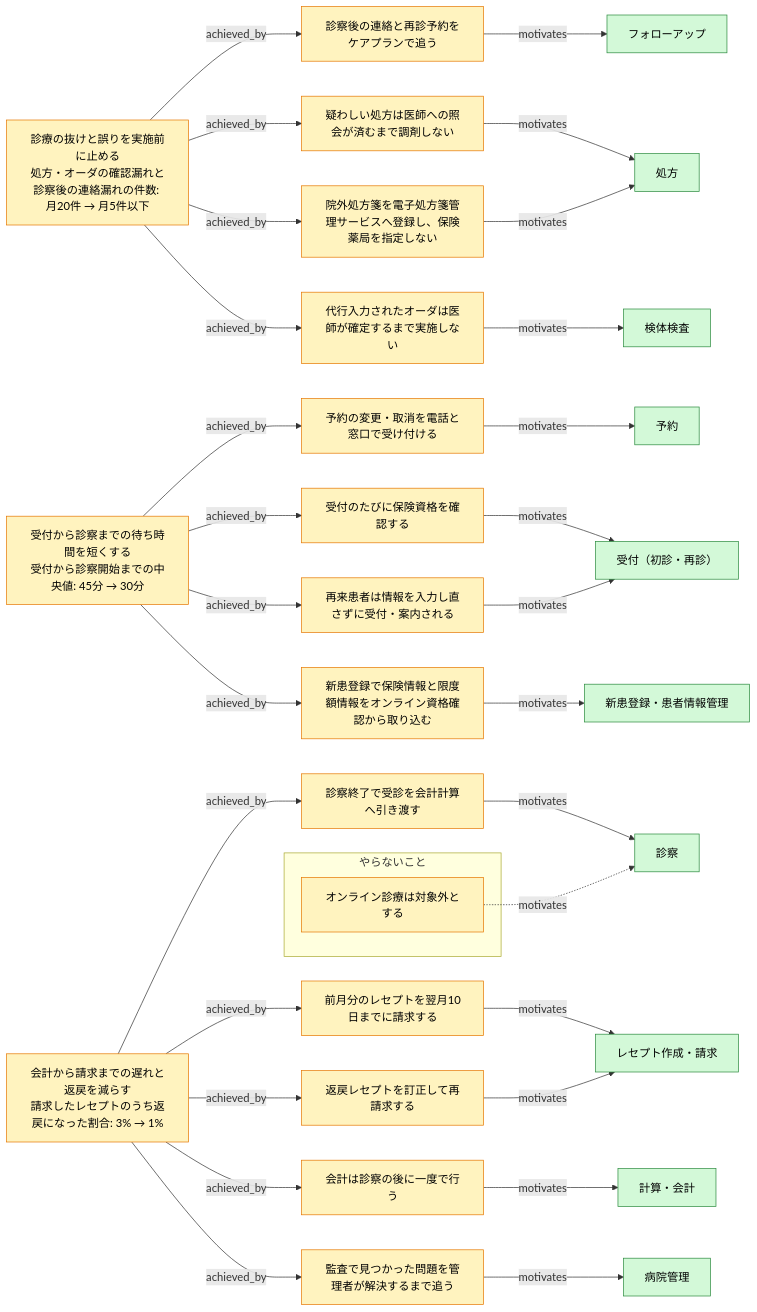
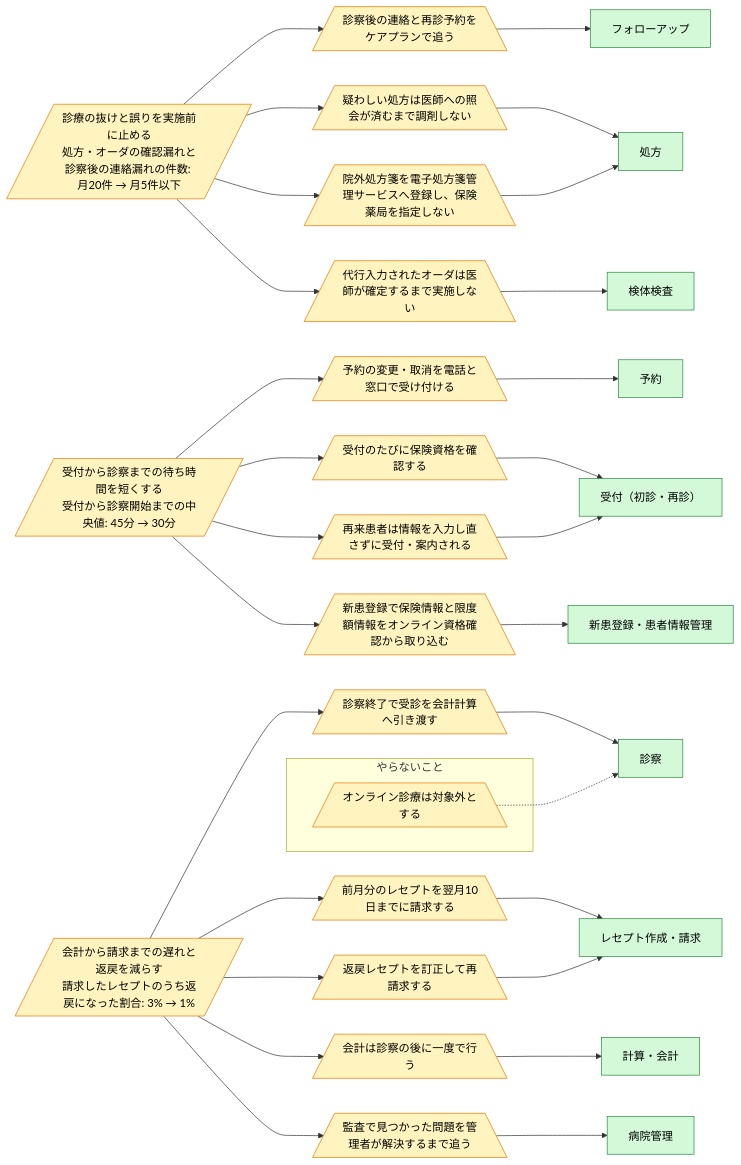
One commit to manji-0/rdra-ish-dsl changed the second of 11 diagrams in docs/diagram-sample-review.md. Above: the diagram before and after it, drawn with Mermaid. The commit also changed other lines of this file and 95 other files, not shown here.

```diff
--- a/docs/diagram-sample-review.md
+++ b/docs/diagram-sample-review.md
@@ -109,24 +111,24 @@
 %% kinds: requirement goal buc
 %% omitted: actor nfr quality constraint business flow usecase event system entity
 flowchart LR
-  requirement__ReqChangeAppointmentAtDesk["予約の変更・取消を電話と窓口で受け付ける"]:::requirement
-  requirement__ReqEligibilityEveryVisit["受付のたびに保険資格を確認する"]:::requirement
-  requirement__ReqFollowUpAfterVisit["診察後の連絡と再診予約をケアプランで追う"]:::requirement
-  requirement__ReqHandOffAfterConsultation["診察終了で受診を会計計算へ引き渡す"]:::requirement
-  requirement__ReqInquiryBeforeDispense["疑わしい処方は医師への照会が済むまで調剤しない"]:::requirement
-  requirement__ReqMonthlyClaimByTenth["前月分のレセプトを翌月10日までに請求する"]:::requirement
-  requirement__ReqPayAfterConsultation["会計は診察の後に一度で行う"]:::requirement
-  requirement__ReqProxyOrderNeedsPhysician["代行入力されたオーダは医師が確定するまで実施しない"]:::requirement
-  requirement__ReqRegisterEPrescription["院外処方箋を電子処方箋管理サービスへ登録し、保険薬局を指定しない"]:::requirement
-  requirement__ReqRegisterWithEligibility["新患登録で保険情報と限度額情報をオンライン資格確認から取り込む"]:::requirement
-  requirement__ReqResolveAuditFindings["監査で見つかった問題を管理者が解決するまで追う"]:::requirement
-  requirement__ReqResubmitReturned["返戻レセプトを訂正して再請求する"]:::requirement
-  requirement__ReqSwiftCheckIn["再来患者は情報を入力し直さずに受付・案内される"]:::requirement
-  goal__SafeCare["診療の抜けと誤りを実施前に止める<br/>処方・オーダの確認漏れと診察後の連絡漏れの件数: 月20件 → 月5件以下"]:::goal
+  requirement__ReqChangeAppointmentAtDesk[/"予約の変更・取消を電話と窓口で受け付ける"\]:::requirement
+  requirement__ReqEligibilityEveryVisit[/"受付のたびに保険資格を確認する"\]:::requirement
+  requirement__ReqFollowUpAfterVisit[/"診察後の連絡と再診予約をケアプランで追う"\]:::requirement
+  requirement__ReqHandOffAfterConsultation[/"診察終了で受診を会計計算へ引き渡す"\]:::requirement
+  requirement__ReqInquiryBeforeDispense[/"疑わしい処方は医師への照会が済むまで調剤しない"\]:::requirement
+  requirement__ReqMonthlyClaimByTenth[/"前月分のレセプトを翌月10日までに請求する"\]:::requirement
+  requirement__ReqPayAfterConsultation[/"会計は診察の後に一度で行う"\]:::requirement
+  requirement__ReqProxyOrderNeedsPhysician[/"代行入力されたオーダは医師が確定するまで実施しない"\]:::requirement
+  requirement__ReqRegisterEPrescription[/"院外処方箋を電子処方箋管理サービスへ登録し、保険薬局を指定しない"\]:::requirement
+  requirement__ReqRegisterWithEligibility[/"新患登録で保険情報と限度額情報をオンライン資格確認から取り込む"\]:::requirement
+  requirement__ReqResolveAuditFindings[/"監査で見つかった問題を管理者が解決するまで追う"\]:::requirement
+  requirement__ReqResubmitReturned[/"返戻レセプトを訂正して再請求する"\]:::requirement
+  requirement__ReqSwiftCheckIn[/"再来患者は情報を入力し直さずに受付・案内される"\]:::requirement
+  goal__SafeCare[/"診療の抜けと誤りを実施前に止める<br/>処方・オーダの確認漏れと診察後の連絡漏れの件数: 月20件 → 月5件以下"/]:::goal
   %% desc goal__SafeCare: 処方やオーダの確認漏れ、診察後の連絡漏れは、患者の安全と継続した治療を損なう。
-  goal__ShortWait["受付から診察までの待ち時間を短くする<br/>受付から診察開始までの中央値: 45分 → 30分"]:::goal
+  goal__ShortWait[/"受付から診察までの待ち時間を短くする<br/>受付から診察開始までの中央値: 45分 → 30分"/]:::goal
   %% desc goal__ShortWait: 受付後に診察室へ案内されるまでの待ちが長いと、患者が帰ってしまう。
-  goal__TimelyClaims["会計から請求までの遅れと返戻を減らす<br/>請求したレセプトのうち返戻になった割合: 3% → 1%"]:::goal
+  goal__TimelyClaims[/"会計から請求までの遅れと返戻を減らす<br/>請求したレセプトのうち返戻になった割合: 3% → 1%"/]:::goal
   %% desc goal__TimelyClaims: 診察後の会計や請求に漏れや遅れがあると、収入が遅れ、返戻の訂正に事務の手間がかかる。
   buc__BucAppointmentScheduling["予約"]:::buc
   %% desc buc__BucAppointmentScheduling: 予約検索、仮押さえ、予約確定、変更、取消、通知を扱う。予約枠と予約レコードを同時に更新する UC は専用 API を持ち、予約通知は AppointmentNoticeApi に分ける。予約済みの患者は、来院前に `BucVisitCheckIn` の一括照会の対象になる。
@@ -149,48 +151,48 @@
   buc__BucVisitPayment["計算・会計"]:::buc
   %% desc buc__BucVisitPayment: 診察の後の会計計算入力、患者の呼出、会計窓口または自動精算機での精算、領収証・明細書の交付を扱う。一部負担金は負担割合で計算し、限度額情報があれば窓口での支払は自己負担限度額までになる（`CopayCappedAtLimit`）。紹介状なしの初診で除外に当たらない場合は選定療養費を自費の Charge として算定する（`UnreferredFirstVisit`）。金額は病院の設定 `SelectedTreatmentFeeSetting` に置き、モデルは数値を持たない。
   subgraph group_out_of_scope["やらないこと"]
-    requirement__ReqNoOnlineConsultation["オンライン診療は対象外とする"]:::requirement
+    requirement__ReqNoOnlineConsultation[/"オンライン診療は対象外とする"\]:::requirement
   end
-  goal__SafeCare -->|achieved_by| requirement__ReqFollowUpAfterVisit
+  goal__SafeCare --> requirement__ReqFollowUpAfterVisit
   %% derived goal__SafeCare -> requirement__ReqFollowUpAfterVisit via requirement__ReqFollowUpAfterVisit
-  goal__SafeCare -->|achieved_by| requirement__ReqInquiryBeforeDispense
+  goal__SafeCare --> requirement__ReqInquiryBeforeDispense
   %% derived goal__SafeCare -> requirement__ReqInquiryBeforeDispense via requirement__ReqInquiryBeforeDispense
-  goal__SafeCare -->|achieved_by| requirement__ReqProxyOrderNeedsPhysician
+  goal__SafeCare --> requirement__ReqProxyOrderNeedsPhysician
   %% derived goal__SafeCare -> requirement__ReqProxyOrderNeedsPhysician via requirement__ReqProxyOrderNeedsPhysician
-  goal__SafeCare -->|achieved_by| requirement__ReqRegisterEPrescription
+  goal__SafeCare --> requirement__ReqRegisterEPrescription
   %% derived goal__SafeCare -> requirement__ReqRegisterEPrescription via requirement__ReqRegisterEPrescription
-  goal__ShortWait -->|achieved_by| requirement__ReqChangeAppointmentAtDesk
+  goal__ShortWait --> requirement__ReqChangeAppointmentAtDesk
   %% derived goal__ShortWait -> requirement__ReqChangeAppointmentAtDesk via requirement__ReqChangeAppointmentAtDesk
-  goal__ShortWait -->|achieved_by| requirement__ReqEligibilityEveryVisit
+  goal__ShortWait --> requirement__ReqEligibilityEveryVisit
   %% derived goal__ShortWait -> requirement__ReqEligibilityEveryVisit via requirement__ReqEligibilityEveryVisit
-  goal__ShortWait -->|achieved_by| requirement__ReqRegisterWithEligibility
+  goal__ShortWait --> requirement__ReqRegisterWithEligibility
   %% derived goal__ShortWait -> requirement__ReqRegisterWithEligibility via requirement__ReqRegisterWithEligibility
-  goal__ShortWait -->|achieved_by| requirement__ReqSwiftCheckIn
+  goal__ShortWait --> requirement__ReqSwiftCheckIn
   %% derived goal__ShortWait -> requirement__ReqSwiftCheckIn via requirement__ReqSwiftCheckIn
-  goal__TimelyClaims -->|achieved_by| requirement__ReqHandOffAfterConsultation
+  goal__TimelyClaims --> requirement__ReqHandOffAfterConsultation
   %% derived goal__TimelyClaims -> requirement__ReqHandOffAfterConsultation via requirement__ReqHandOffAfterConsultation
-  goal__TimelyClaims -->|achieved_by| requirement__ReqMonthlyClaimByTenth
+  goal__TimelyClaims --> requirement__ReqMonthlyClaimByTenth
   %% derived goal__TimelyClaims -> requirement__ReqMonthlyClaimByTenth via requirement__ReqMonthlyClaimByTenth
-  goal__TimelyClaims -->|achieved_by| requirement__ReqPayAfterConsultation
+  goal__TimelyClaims --> requirement__ReqPayAfterConsultation
   %% derived goal__TimelyClaims -> requirement__ReqPayAfterConsultation via requirement__ReqPayAfterConsultation
-  goal__TimelyClaims -->|achieved_by| requirement__ReqResolveAuditFindings
+  goal__TimelyClaims --> requirement__ReqResolveAuditFindings
   %% derived goal__TimelyClaims -> requirement__ReqResolveAuditFindings via requirement__ReqResolveAuditFindings
-  goal__TimelyClaims -->|achieved_by| requirement__ReqResubmitReturned
+  goal__TimelyClaims --> requirement__ReqResubmitReturned
   %% derived goal__TimelyClaims -> requirement__ReqResubmitReturned via requirement__ReqResubmitReturned
-  requirement__ReqChangeAppointmentAtDesk -->|motivates| buc__BucAppointmentScheduling
-  requirement__ReqEligibilityEveryVisit -->|motivates| buc__BucVisitCheckIn
-  requirement__ReqFollowUpAfterVisit -->|motivates| buc__BucFollowupCare
-  requirement__ReqHandOffAfterConsultation -->|motivates| buc__BucClinicalEncounter
-  requirement__ReqInquiryBeforeDispense -->|motivates| buc__BucPrescriptionFulfillment
-  requirement__ReqMonthlyClaimByTenth -->|motivates| buc__BucBillingClaims
-  requirement__ReqNoOnlineConsultation -.->|motivates| buc__BucClinicalEncounter
-  requirement__ReqPayAfterConsultation -->|motivates| buc__BucVisitPayment
-  requirement__ReqProxyOrderNeedsPhysician -->|motivates| buc__BucOrdersResults
-  requirement__ReqRegisterEPrescription -->|motivates| buc__BucPrescriptionFulfillment
-  requirement__ReqRegisterWithEligibility -->|motivates| buc__BucPatientOnboarding
-  requirement__ReqResolveAuditFindings -->|motivates| buc__BucStaffAdministration
-  requirement__ReqResubmitReturned -->|motivates| buc__BucBillingClaims
-  requirement__ReqSwiftCheckIn -->|motivates| buc__BucVisitCheckIn
+  requirement__ReqChangeAppointmentAtDesk --> buc__BucAppointmentScheduling
+  requirement__ReqEligibilityEveryVisit --> buc__BucVisitCheckIn
+  requirement__ReqFollowUpAfterVisit --> buc__BucFollowupCare
+  requirement__ReqHandOffAfterConsultation --> buc__BucClinicalEncounter
+  requirement__ReqInquiryBeforeDispense --> buc__BucPrescriptionFulfillment
+  requirement__ReqMonthlyClaimByTenth --> buc__BucBillingClaims
+  requirement__ReqNoOnlineConsultation -.-> buc__BucClinicalEncounter
+  requirement__ReqPayAfterConsultation --> buc__BucVisitPayment
+  requirement__ReqProxyOrderNeedsPhysician --> buc__BucOrdersResults
+  requirement__ReqRegisterEPrescription --> buc__BucPrescriptionFulfillment
+  requirement__ReqRegisterWithEligibility --> buc__BucPatientOnboarding
+  requirement__ReqResolveAuditFindings --> buc__BucStaffAdministration
+  requirement__ReqResubmitReturned --> buc__BucBillingClaims
+  requirement__ReqSwiftCheckIn --> buc__BucVisitCheckIn
   classDef requirement fill:#fff3bf,stroke:#e67700,color:#000;
   classDef goal fill:#fff3bf,stroke:#e67700,color:#000;
   classDef buc fill:#d3f9d8,stroke:#2b8a3e,color:#000;
```
